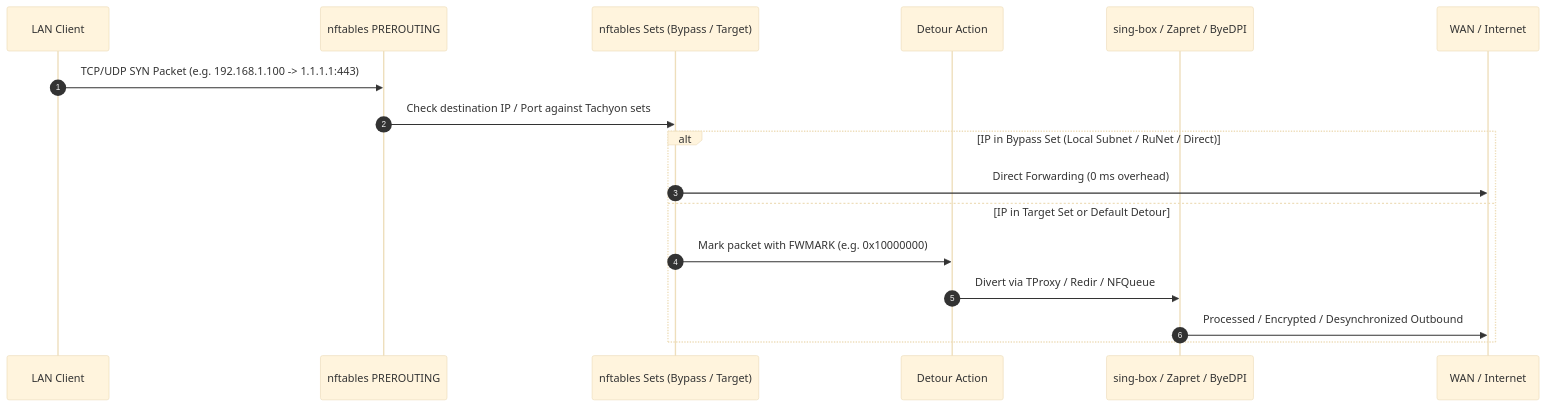
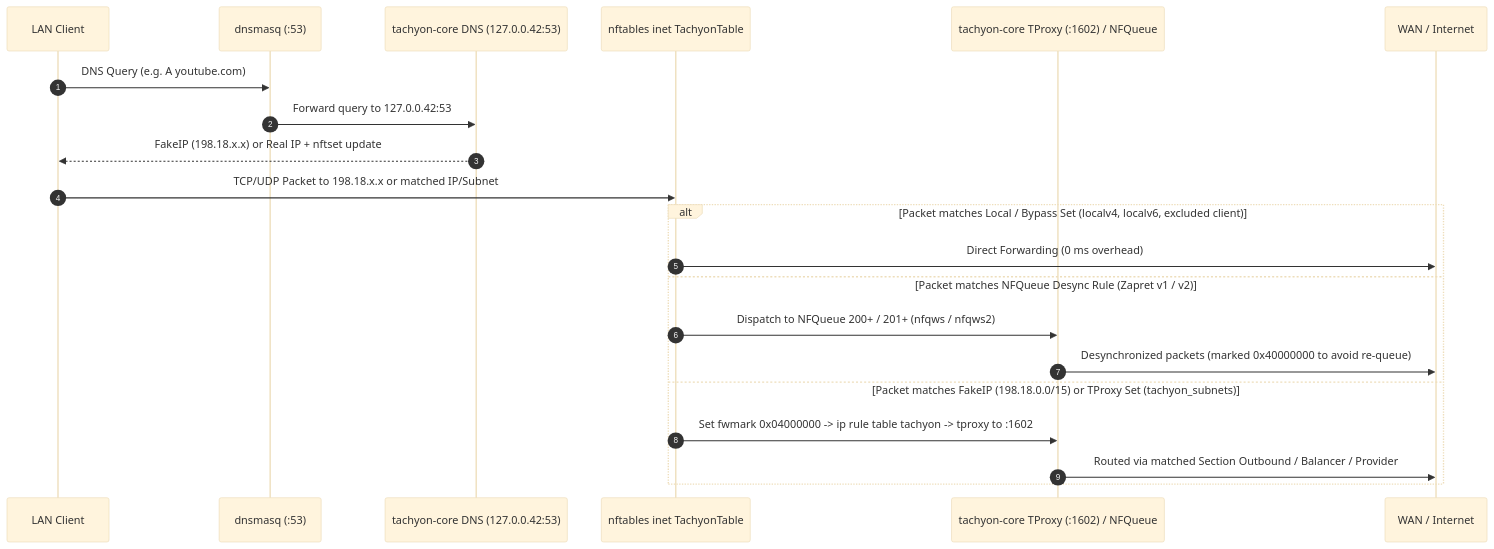
Before and after one commit to Dushnilin/tachyon: the diagram in docs/knowledge-base/03_NETWORKING_NFTABLES_AND_ROUTING.md, drawn with Mermaid (base theme). The commit also changed other lines of this file and 59 other files, not shown here.

````diff
--- a/docs/knowledge-base/03_NETWORKING_NFTABLES_AND_ROUTING.md
+++ b/docs/knowledge-base/03_NETWORKING_NFTABLES_AND_ROUTING.md
@@ -7,20 +7,24 @@
 ```mermaid
 sequenceDiagram
     autonumber
     participant Client as LAN Client
-    participant PREROUTING as nftables PREROUTING
-    participant Sets as nftables Sets (Bypass / Target)
-    participant Divert as Detour Action
-    participant SingBox as sing-box / Zapret / ByeDPI
+    participant DNSMasq as dnsmasq (:53)
+    participant CoreDNS as tachyon-core DNS (127.0.0.42:53)
+    participant PREROUTING as nftables inet TachyonTable
+    participant Core as tachyon-core TProxy (:1602) / NFQueue
     participant WAN as WAN / Internet
 
-    Client->>PREROUTING: TCP/UDP SYN Packet (e.g. 192.168.1.100 -> 1.1.1.1:443)
-    PREROUTING->>Sets: Check destination IP / Port against Tachyon sets
-    alt IP in Bypass Set (Local Subnet / RuNet / Direct)
-        Sets->>WAN: Direct Forwarding (0 ms overhead)
-    else IP in Target Set or Default Detour
-        Sets->>Divert: Mark packet with FWMARK (e.g. 0x10000000)
-        Divert->>SingBox: Divert via TProxy / Redir / NFQueue
-        SingBox->>WAN: Processed / Encrypted / Desynchronized Outbound
+    Client->>DNSMasq: DNS Query (e.g. A youtube.com)
+    DNSMasq->>CoreDNS: Forward query to 127.0.0.42:53
+    CoreDNS-->>Client: FakeIP (198.18.x.x) or Real IP + nftset update
+    Client->>PREROUTING: TCP/UDP Packet to 198.18.x.x or matched IP/Subnet
+    alt Packet matches Local / Bypass Set (localv4, localv6, excluded client)
+        PREROUTING->>WAN: Direct Forwarding (0 ms overhead)
+    else Packet matches NFQueue Desync Rule (Zapret v1 / v2)
+        PREROUTING->>Core: Dispatch to NFQueue 200+ / 201+ (nfqws / nfqws2)
+        Core->>WAN: Desynchronized packets (marked 0x40000000 to avoid re-queue)
+    else Packet matches FakeIP (198.18.0.0/15) or TProxy Set (tachyon_subnets)
+        PREROUTING->>Core: Set fwmark 0x04000000 -> ip rule table tachyon -> tproxy to :1602
+        Core->>WAN: Routed via matched Section Outbound / Balancer / Provider
     end
 ```
````
